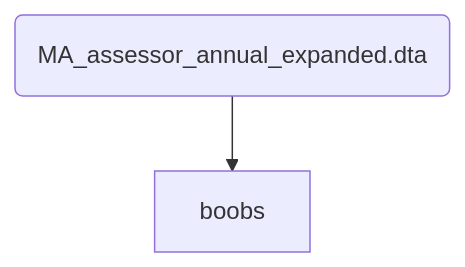
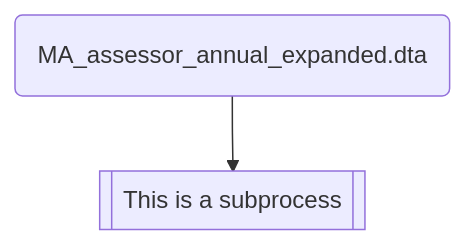
Before and after one commit to nchiumenti/boston_zoning: the second of 5 diagrams in code/data_setup/README.md, drawn with Mermaid.

````diff
--- a/code/data_setup/README.md
+++ b/code/data_setup/README.md
@@ -64,6 +64,6 @@
 ```mermaid
 flowchart TD
   A(MA_assessor_annual_expanded.dta);
-  B[boobs];
+  B@{ shape: subproc, label: "This is a subprocess" };
   A --> B;
 ```
````
